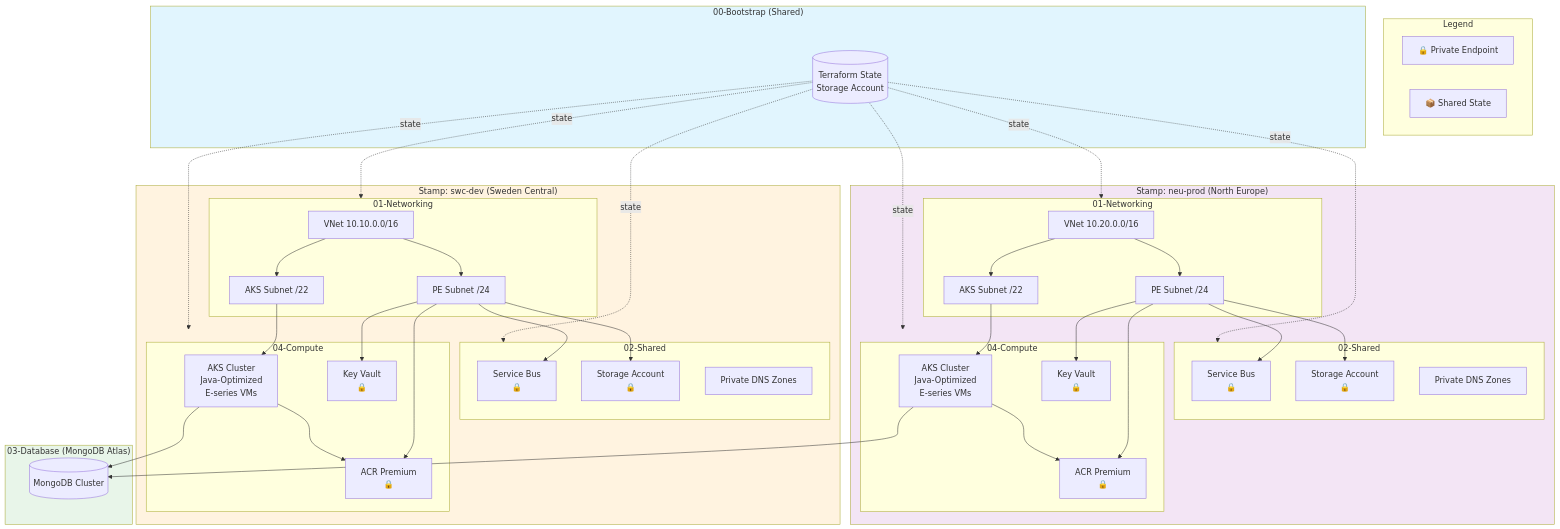
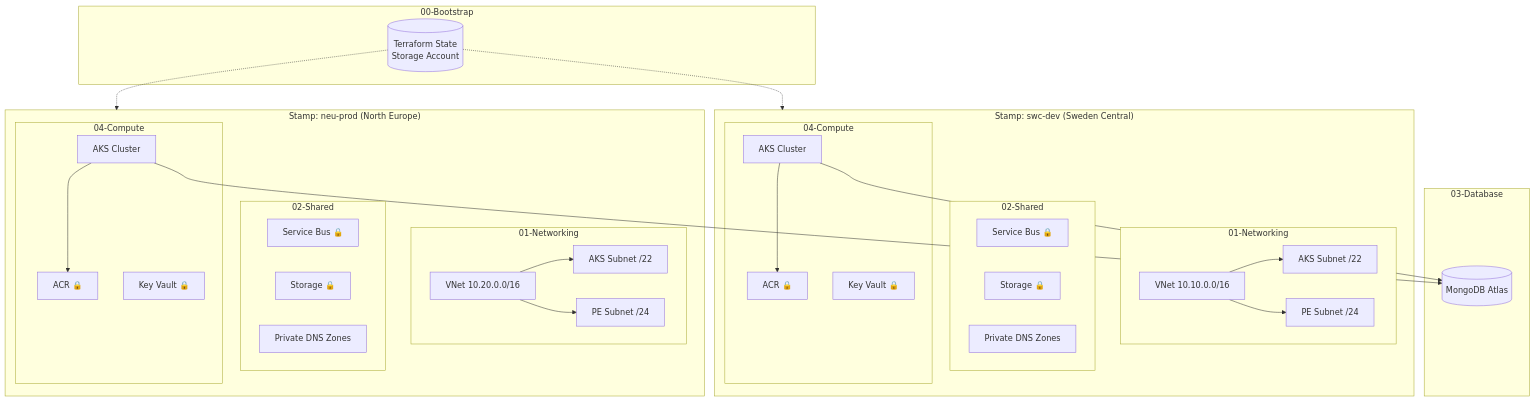
Before and after one commit to piizei/azure-stamp-infra: the first of 3 diagrams in README.md, drawn with Mermaid. The commit also changed other lines of this file, not shown here.

Commit message:
diagram colors

````diff
--- a/README.md
+++ b/README.md
@@ -28,82 +28,60 @@
 ```mermaid
 flowchart TB
-    subgraph Legend
-        direction LR
-        L1[🔒 Private Endpoint]
-        L2[📦 Shared State]
-    end
-
-    subgraph Bootstrap["00-Bootstrap (Shared)"]
+    subgraph Bootstrap["00-Bootstrap"]
         TFState[(Terraform State<br/>Storage Account)]
     end
 
     subgraph Stamp1["Stamp: swc-dev (Sweden Central)"]
         subgraph Net1["01-Networking"]
             VNet1[VNet 10.10.0.0/16]
             AKSSub1[AKS Subnet /22]
             PESub1[PE Subnet /24]
         end
         
         subgraph Shared1["02-Shared"]
-            SB1[Service Bus<br/>🔒]
-            Storage1[Storage Account<br/>🔒]
+            SB1[Service Bus 🔒]
+            Storage1[Storage 🔒]
             DNS1[Private DNS Zones]
         end
         
         subgraph Compute1["04-Compute"]
-            AKS1[AKS Cluster<br/>Java-Optimized<br/>E-series VMs]
-            ACR1[ACR Premium<br/>🔒]
-            KV1[Key Vault<br/>🔒]
+            AKS1[AKS Cluster]
+            ACR1[ACR 🔒]
+            KV1[Key Vault 🔒]
         end
     end
 
     subgraph Stamp2["Stamp: neu-prod (North Europe)"]
         subgraph Net2["01-Networking"]
             VNet2[VNet 10.20.0.0/16]
             AKSSub2[AKS Subnet /22]
             PESub2[PE Subnet /24]
         end
         
         subgraph Shared2["02-Shared"]
-            SB2[Service Bus<br/>🔒]
-            Storage2[Storage Account<br/>🔒]
+            SB2[Service Bus 🔒]
+            Storage2[Storage 🔒]
             DNS2[Private DNS Zones]
         end
         
         subgraph Compute2["04-Compute"]
-            AKS2[AKS Cluster<br/>Java-Optimized<br/>E-series VMs]
-            ACR2[ACR Premium<br/>🔒]
-            KV2[Key Vault<br/>🔒]
+            AKS2[AKS Cluster]
+            ACR2[ACR 🔒]
+            KV2[Key Vault 🔒]
         end
     end
 
-    subgraph Database["03-Database (MongoDB Atlas)"]
-        Mongo[(MongoDB Cluster)]
+    subgraph Database["03-Database"]
+        Mongo[(MongoDB Atlas)]
     end
 
-    TFState -.->|state| Net1
-    TFState -.->|state| Shared1
-    TFState -.->|state| Compute1
-    TFState -.->|state| Net2
-    TFState -.->|state| Shared2
-    TFState -.->|state| Compute2
+    TFState -.-> Stamp1 & Stamp2
     
     VNet1 --> AKSSub1 & PESub1
     VNet2 --> AKSSub2 & PESub2
-    
-    PESub1 --> SB1 & Storage1 & ACR1 & KV1
-    PESub2 --> SB2 & Storage2 & ACR2 & KV2
-    
-    AKSSub1 --> AKS1
-    AKSSub2 --> AKS2
     
     AKS1 --> ACR1
     AKS2 --> ACR2
     
     AKS1 & AKS2 --> Mongo
-
-    style Bootstrap fill:#e1f5fe
-    style Stamp1 fill:#fff3e0
-    style Stamp2 fill:#f3e5f5
-    style Database fill:#e8f5e9
 ```
````
